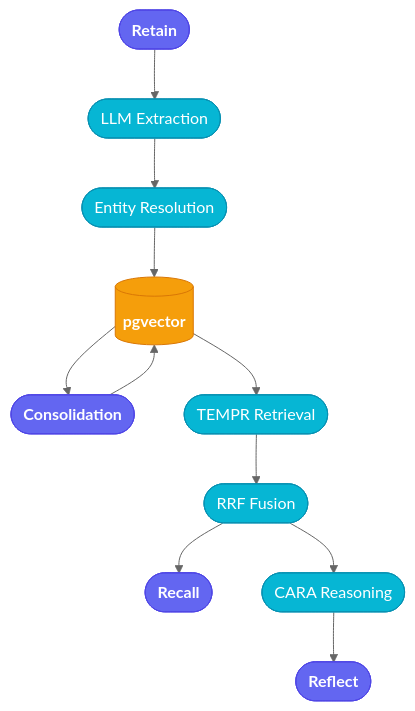
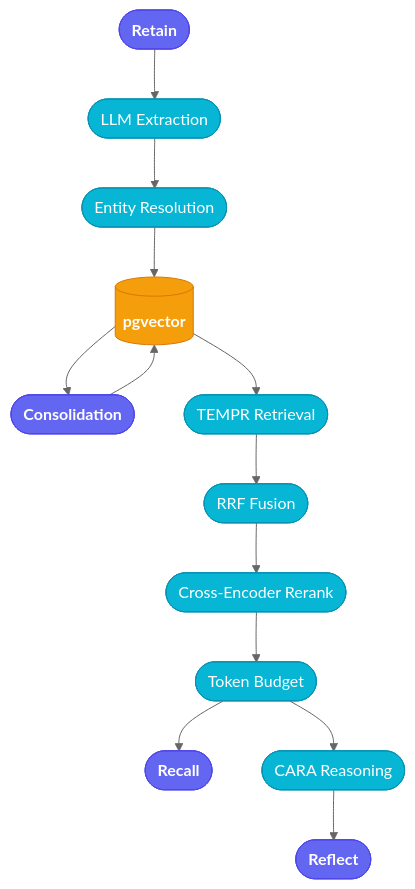
Before and after one commit to AustinEral/elephant: the diagram in README.md, drawn with Mermaid (neutral theme). The commit also changed other lines of this file and 7 other files, not shown here.

````diff
--- a/README.md
+++ b/README.md
@@ -81,21 +81,23 @@
 ```mermaid
 flowchart TB
     R([Retain]):::op
     R --> E([LLM Extraction]):::step
     E --> ER([Entity Resolution]):::step
     ER --> S[(pgvector)]:::store
 
     S --> C([Consolidation]):::op
     C --> S
 
     S --> T([TEMPR Retrieval]):::step
     T --> F([RRF Fusion]):::step
+    F --> X([Cross-Encoder Rerank]):::step
+    X --> B([Token Budget]):::step
 
-    F --> RC([Recall]):::op
-    F --> CARA([CARA Reasoning]):::step
+    B --> RC([Recall]):::op
+    B --> CARA([CARA Reasoning]):::step
     CARA --> RE([Reflect]):::op
 
     classDef op fill:#6366f1,stroke:#4f46e5,color:#fff,font-weight:bold
     classDef step fill:#06b6d4,stroke:#0891b2,color:#fff
     classDef store fill:#f59e0b,stroke:#d97706,color:#fff,font-weight:bold
 ```
````
